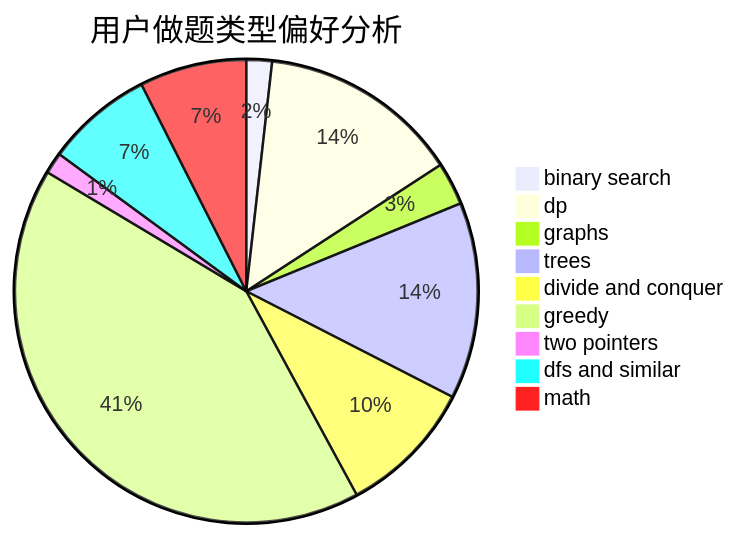
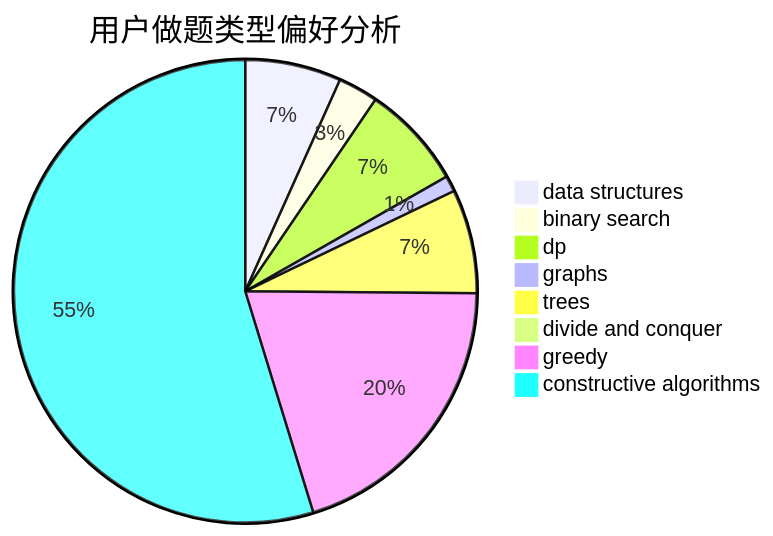
One commit to sherpahu/cfrs.github.io changed the second of 3 diagrams in docs/user/u2540.md. Above: the diagram before and after it, drawn with Mermaid. The commit also changed other lines of this file and 2775 other files, not shown here.

````diff
--- a/docs/user/u2540.md
+++ b/docs/user/u2540.md
@@ -23,12 +23,11 @@
 ```mermaid
 pie title 用户做题类型偏好分析
-    "binary search" :  6
-    "dp" :  47
-    "graphs" :  10
-    "trees" :  46
-    "divide and conquer" :  32
-    "greedy" :  139
-    "two pointers" :  5
-    "dfs and similar" :  25
-    "math" :  25
+    "data structures" :  12
+    "binary search" :  5
+    "dp" :  13
+    "graphs" :  2
+    "trees" :  13
+    "divide and conquer" :  0
+    "greedy" :  36
+    "constructive algorithms" :  98
 ```
````
